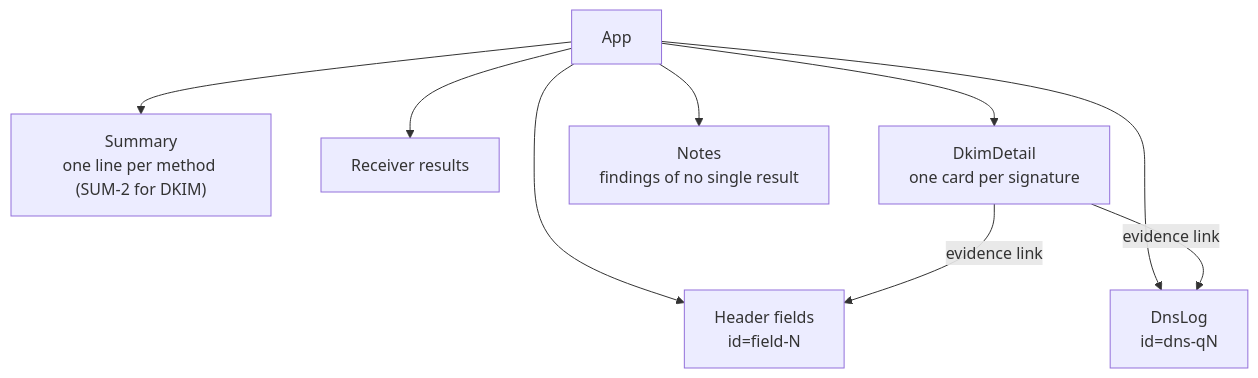
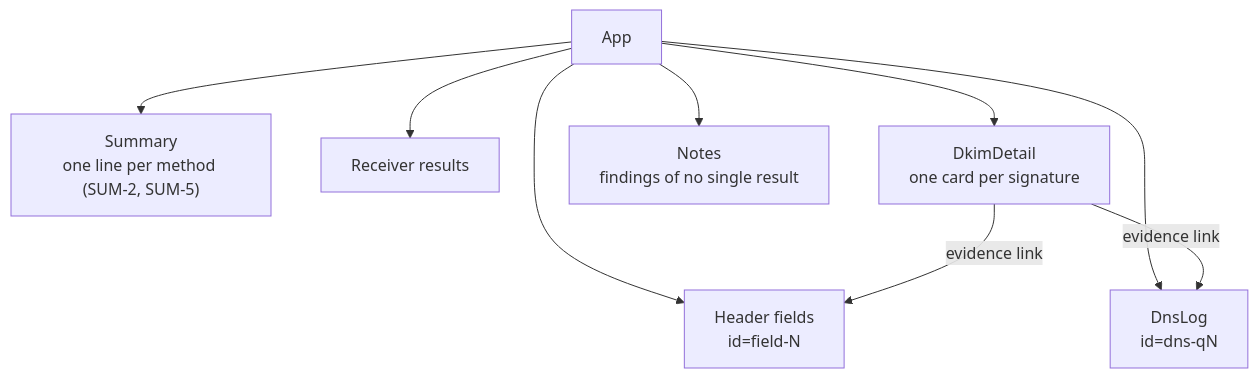
One commit to photom/benchside changed the third of 3 diagrams in docs/explanation/mail-design/ui.md. Above: the diagram before and after it, drawn with Mermaid. The commit also changed other lines of this file and 6 other files, not shown here.

````diff
--- a/docs/explanation/mail-design/ui.md
+++ b/docs/explanation/mail-design/ui.md
@@ -79,10 +79,10 @@
 ```mermaid
 flowchart TD
-  App --> Summary["Summary<br/>one line per method (SUM-2 for DKIM)"]
+  App --> Summary["Summary<br/>one line per method (SUM-2, SUM-5)"]
   App --> Receiver[Receiver results]
   App --> Dkim["DkimDetail<br/>one card per signature"]
   App --> Notes["Notes<br/>findings of no single result"]
   App --> Headers["Header fields<br/>id=field-N"]
   App --> DnsLog["DnsLog<br/>id=dns-qN"]
   Dkim -- "evidence link" --> Headers & DnsLog
 ```
````
